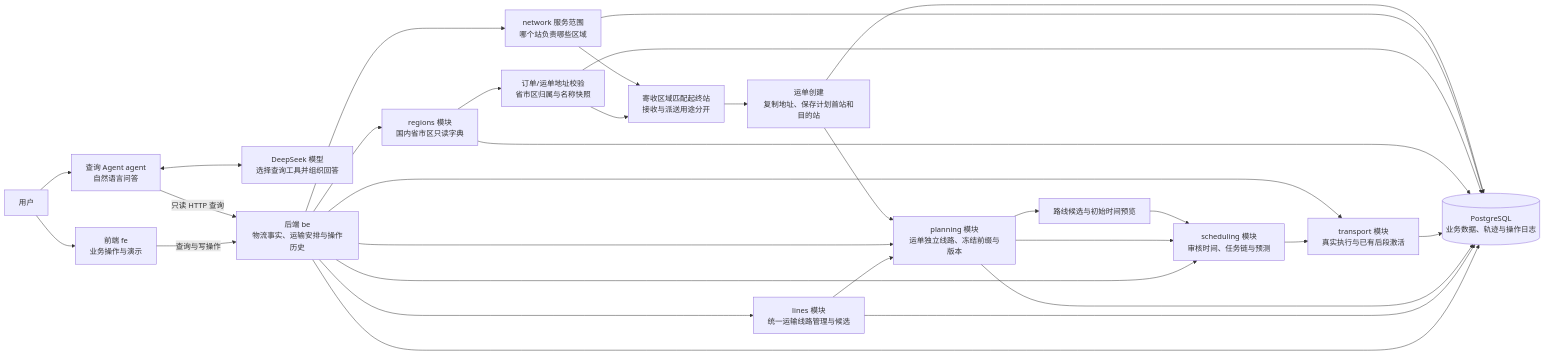
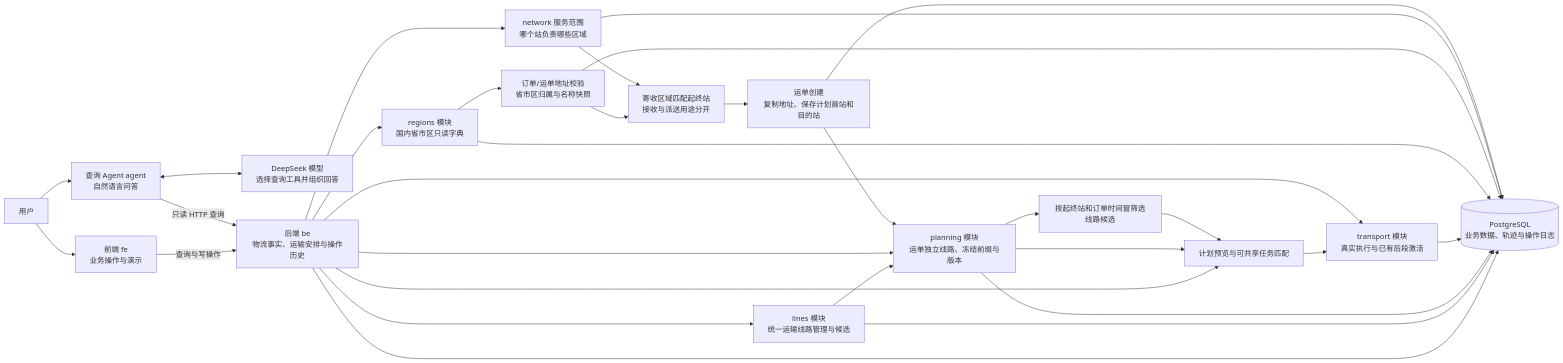
The diagram in AGENTS.md (NikFranki/jingpo-logistics-system), drawn with Mermaid before and after one commit. The commit also changed other lines of this file and 18 other files, not shown here.

````diff
--- a/AGENTS.md
+++ b/AGENTS.md
@@ -20,32 +20,32 @@
 ```mermaid
 flowchart LR
     U[用户] --> FE[前端 fe\n业务操作与演示]
     U --> CLI[查询 Agent agent\n自然语言问答]
     CLI <--> LLM[DeepSeek 模型\n选择查询工具并组织回答]
     FE -->|查询与写操作| BE[后端 be\n物流事实、运输安排与操作历史]
     CLI -->|只读 HTTP 查询| BE
     BE --> DB[(PostgreSQL\n业务数据、轨迹与操作日志)]
     BE --> L[lines 模块\n统一运输线路管理与候选]
     L --> DB
     L --> P
     BE --> P[planning 模块\n运单独立线路、冻结前缀与版本]
     P --> DB
     BE --> S[scheduling 模块\n审核时间、任务链与预测]
     P --> S
     S --> T[transport 模块\n真实执行与已有后段激活]
     BE --> T
     T --> DB
     BE --> R[regions 模块\n国内省市区只读字典]
     R --> DB
     R --> A[订单/运单地址校验\n省市区归属与名称快照]
     A --> DB
     BE --> N[network 服务范围\n哪个站负责哪些区域]
     N --> DB
     A --> M[寄收区域匹配起终站\n接收与派送用途分开]
     N --> M
     M --> C[运单创建\n复制地址、保存计划首站和目的站]
     C --> DB
     C --> P
-    P --> V[路线候选与初始时间预览]
-    V --> S
+    P --> V[按起终站和订单时间窗筛选线路候选]
+    V --> S[计划预览与可共享任务匹配]
 ```
````
